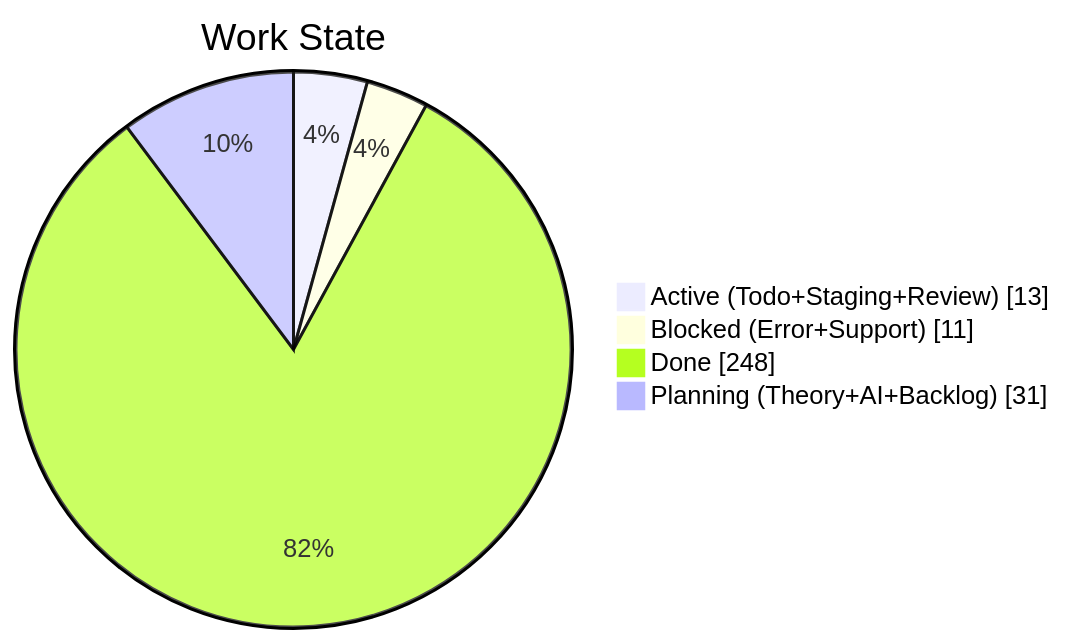
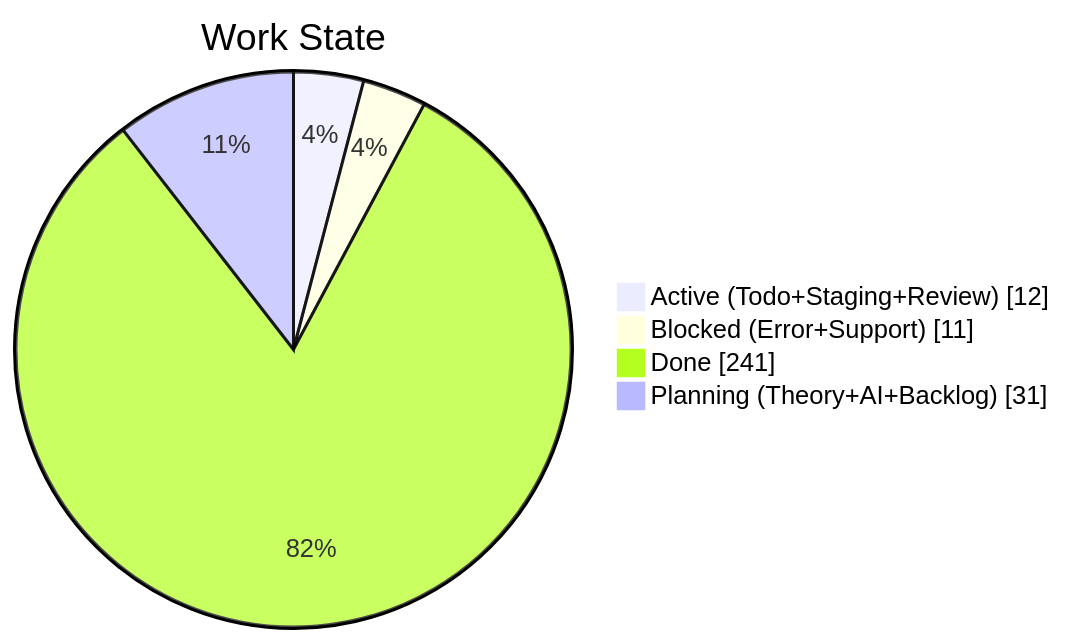
Before and after one commit to KBVE/kbve: the second of 4 diagrams in apps/kbve/astro-kbve/src/content/docs/dashboard/kanban-data.mdx, drawn with Mermaid. The commit also changed other lines of this file and 8 other files, not shown here.

````diff
--- a/apps/kbve/astro-kbve/src/content/docs/dashboard/kanban-data.mdx
+++ b/apps/kbve/astro-kbve/src/content/docs/dashboard/kanban-data.mdx
@@ -68,8 +67,8 @@
 ```mermaid
 pie showData
     title Work State
-    "Active (Todo+Staging+Review)" : 13
+    "Active (Todo+Staging+Review)" : 12
     "Blocked (Error+Support)" : 11
-    "Done" : 248
+    "Done" : 241
     "Planning (Theory+AI+Backlog)" : 31
 ```
````
